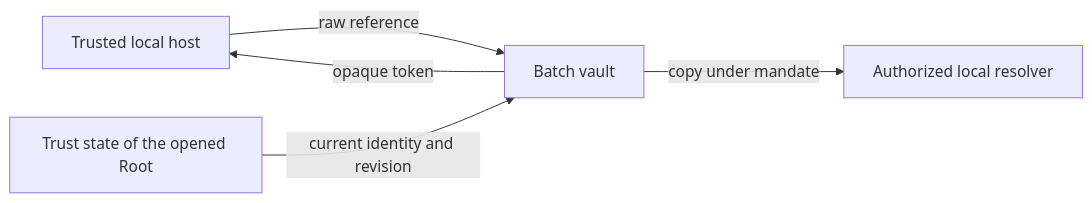
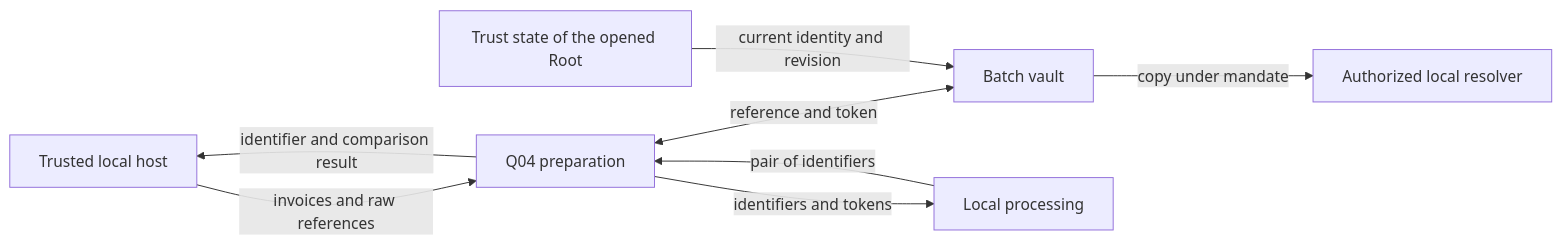
Before and after one commit to mo0ogly/swarm: the diagram in docs/en/P02-TOKEN-VAULT.md, drawn with Mermaid. The commit also changed other lines of this file and 10 other files, not shown here.

````diff
--- a/docs/en/P02-TOKEN-VAULT.md
+++ b/docs/en/P02-TOKEN-VAULT.md
@@ -11,7 +13,10 @@
 ```mermaid
 flowchart LR
-  A[Trusted local host] -->|raw reference| V[Batch vault]
-  V -->|opaque token| A
+  A[Trusted local host] -->|invoices and raw references| F[Q04 preparation]
+  F <-->|reference and token| V[Batch vault]
   T[Trust state of the opened Root] -->|current identity and revision| V
+  F -->|identifiers and tokens| P[Local processing]
+  P -->|pair of identifiers| F
+  F -->|identifier and comparison result| A
   V -->|copy under mandate| R[Authorized local resolver]
 ```
````
